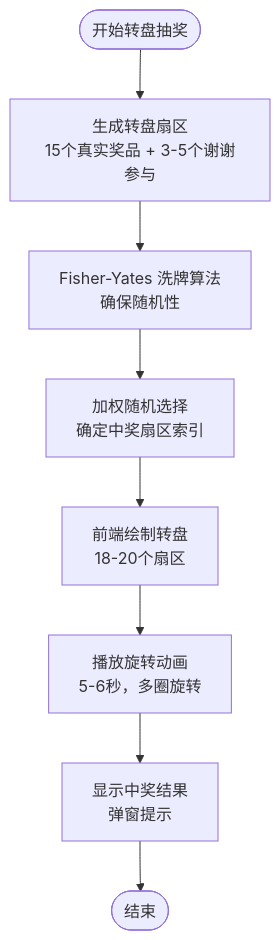
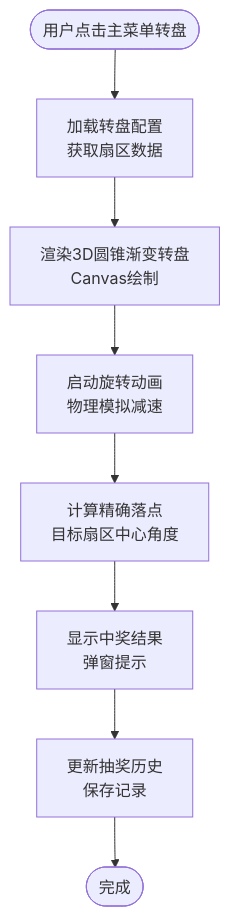
Before and after one commit to onebody/homework: the third of 7 diagrams in .qoder/repowiki/zh/content/积分兑换系统/核心功能模块/抽奖系统.md, drawn with Mermaid. The commit also changed other lines of this file and 4 other files, not shown here.

````diff
--- a/.qoder/repowiki/zh/content/积分兑换系统/核心功能模块/抽奖系统.md
+++ b/.qoder/repowiki/zh/content/积分兑换系统/核心功能模块/抽奖系统.md
@@ -154,10 +157,10 @@
 ```mermaid
 flowchart TD
-Start(["开始转盘抽奖"]) --> BuildSectors["生成转盘扇区<br/>15个真实奖品 + 3-5个谢谢参与"]
-BuildSectors --> Shuffle["Fisher-Yates 洗牌算法<br/>确保随机性"]
-Shuffle --> PickWinner["加权随机选择<br/>确定中奖扇区索引"]
-PickWinner --> DrawWheel["前端绘制转盘<br/>18-20个扇区"]
-DrawWheel --> Spin["播放旋转动画<br/>5-6秒，多圈旋转"]
-Spin --> ShowResult["显示中奖结果<br/>弹窗提示"]
-ShowResult --> End(["结束"])
+Start(["用户点击主菜单转盘"]) --> LoadWheel["加载转盘配置<br/>获取扇区数据"]
+LoadWheel --> Render3D["渲染3D圆锥渐变转盘<br/>Canvas绘制"]
+Render3D --> SpinAnimation["启动旋转动画<br/>物理模拟减速"]
+SpinAnimation --> CalculatePoint["计算精确落点<br/>目标扇区中心角度"]
+CalculatePoint --> ShowResult["显示中奖结果<br/>弹窗提示"]
+ShowResult --> UpdateHistory["更新抽奖历史<br/>保存记录"]
+UpdateHistory --> End(["完成"])
 ```
````
